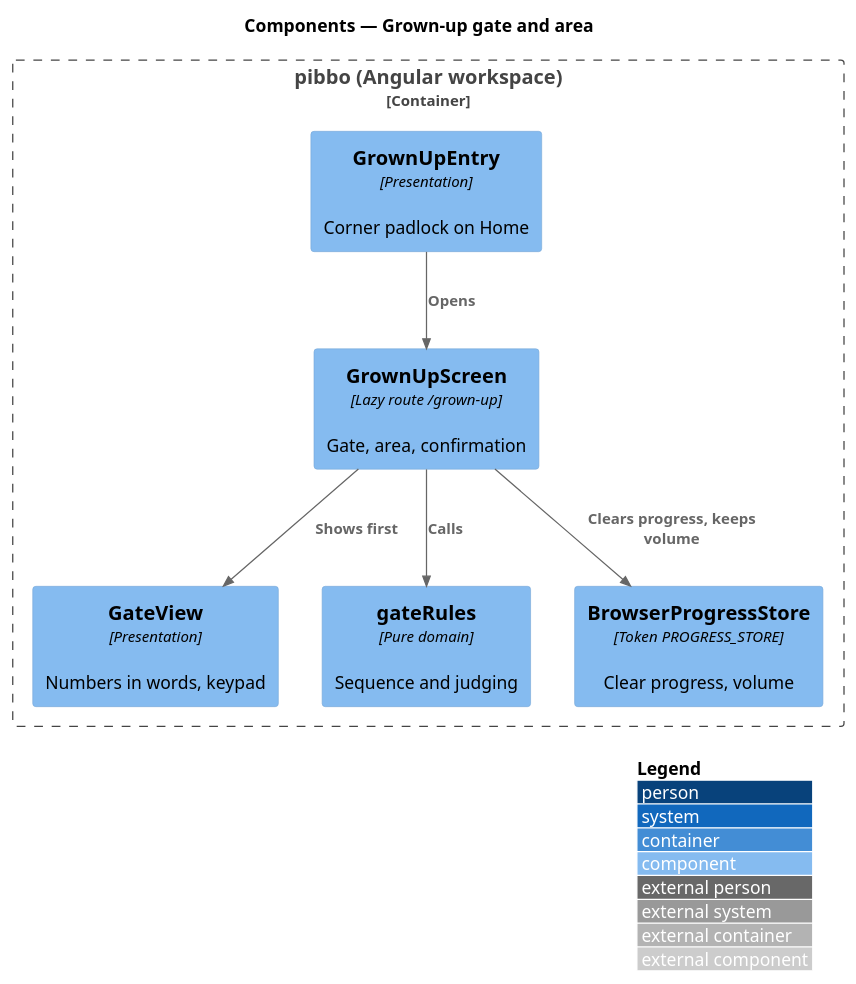
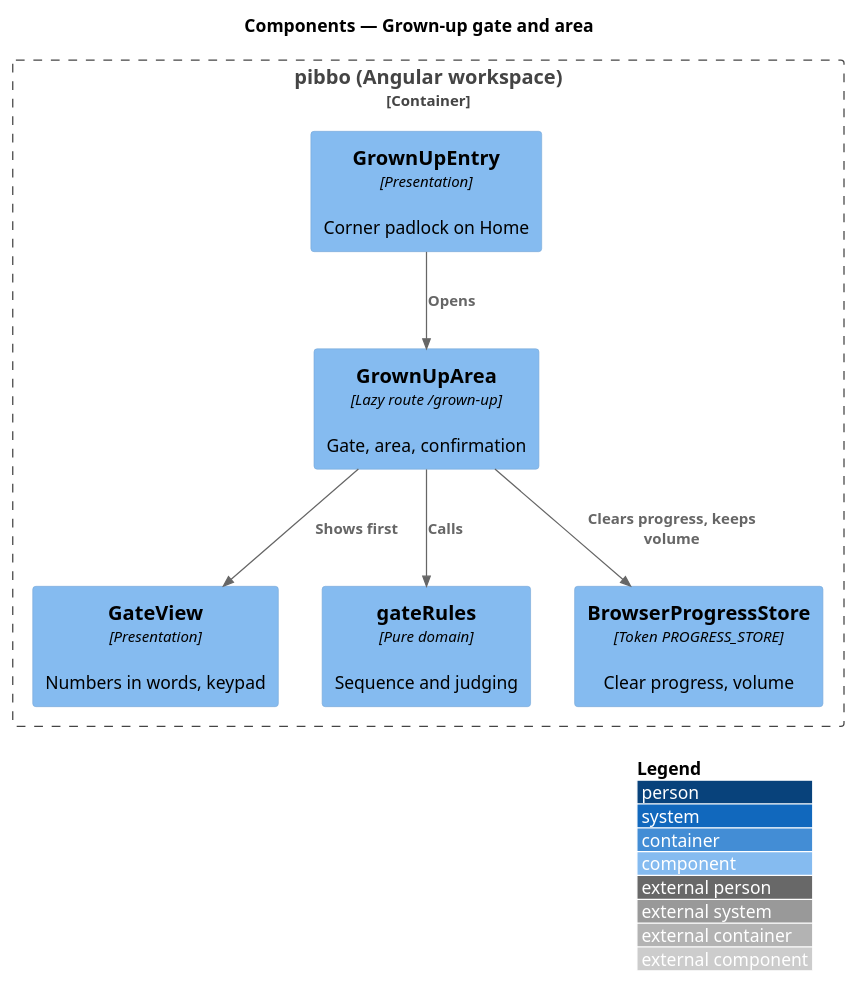
One commit to QuinntyneBrown/pibbo changed the diagram in docs/detailed-designs/grown-up/grown-up-gate/diagrams/c4-component.puml. Above: the diagram before and after it, drawn with PlantUML. The commit also changed 5 other files, not shown here.

First line of the commit message:
Record journey 24: the grown-up screen's names in the design, lessons learned, and the journey done

```diff
--- a/docs/detailed-designs/grown-up/grown-up-gate/diagrams/c4-component.puml
+++ b/docs/detailed-designs/grown-up/grown-up-gate/diagrams/c4-component.puml
@@ -1,16 +1,16 @@
 @startuml
 !include <C4/C4_Component>
 LAYOUT_WITH_LEGEND()
 title Components — Grown-up gate and area
 Container_Boundary(b, "pibbo (Angular workspace)") {
   Component(entry, "GrownUpEntry", "Presentation", "Corner padlock on Home")
-  Component(screen, "GrownUpScreen", "Lazy route /grown-up", "Gate, area, confirmation")
+  Component(screen, "GrownUpArea", "Lazy route /grown-up", "Gate, area, confirmation")
   Component(gate, "GateView", "Presentation", "Numbers in words, keypad")
   Component(rules, "gateRules", "Pure domain", "Sequence and judging")
   Component(store, "BrowserProgressStore", "Token PROGRESS_STORE", "Clear progress, volume")
 }
 Rel(entry, screen, "Opens")
 Rel(screen, gate, "Shows first")
 Rel(screen, rules, "Calls")
 Rel(screen, store, "Clears progress, keeps volume")
 @enduml
```
